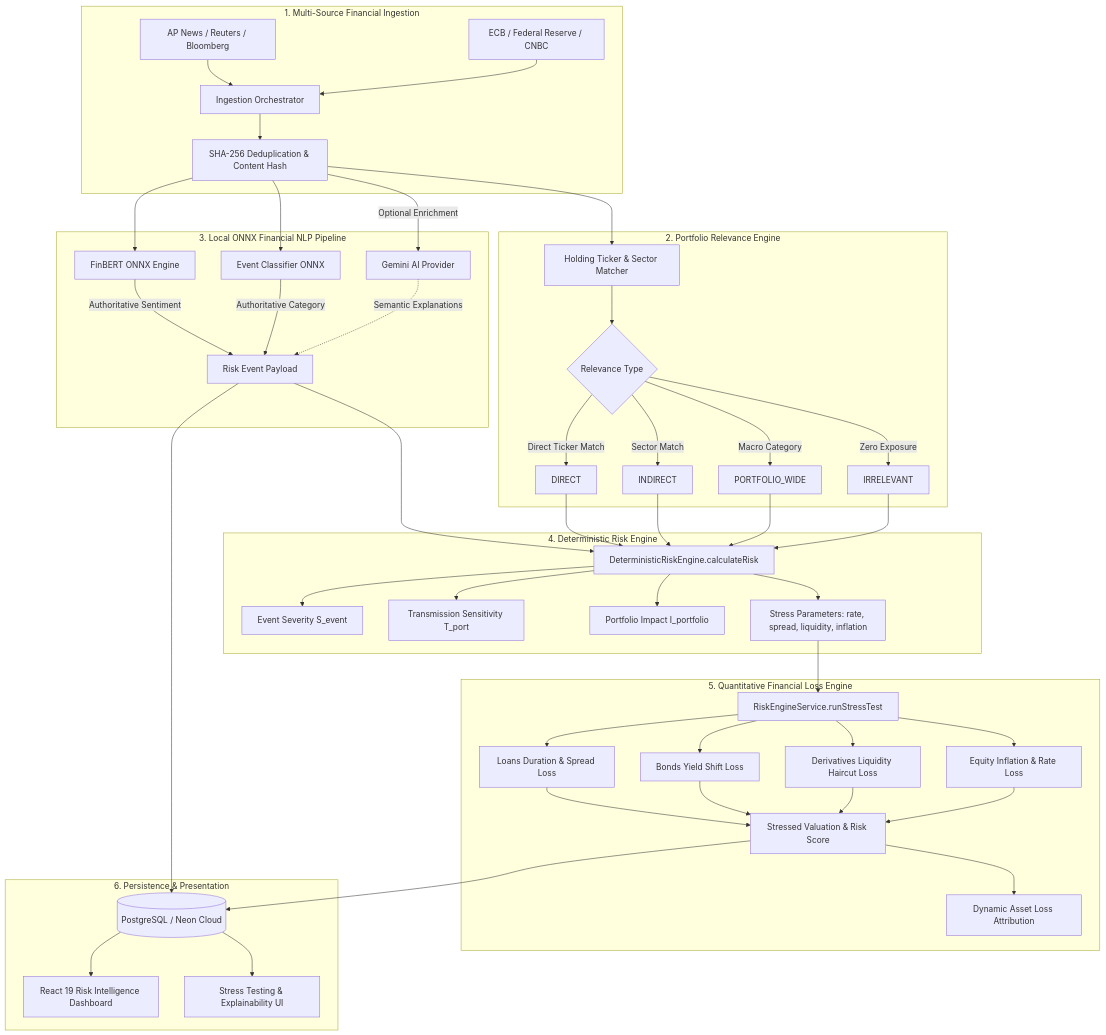
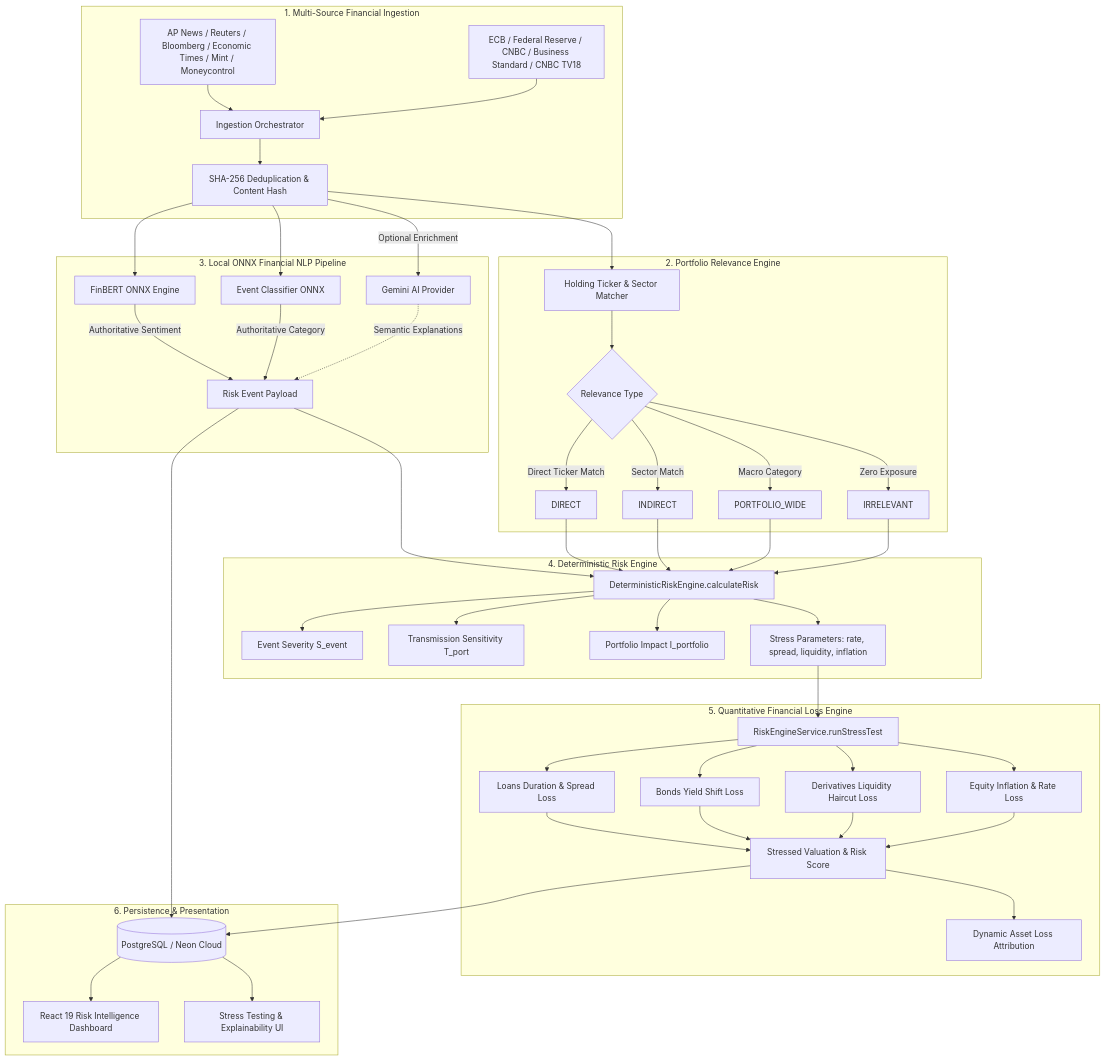
The diagram in README.md (mythrhyth/vantage), drawn with Mermaid before and after one commit. The commit also changed other lines of this file and 1 other file, not shown here.

Commit message:
feat(ingestion): add Indian financial news sources
Add RSS search feeds for The Economic Times, Moneycontrol, Mint, Business Standard, and CNBC TV18. Update the ingestion overview and API documentation summary.

````diff
--- a/README.md
+++ b/README.md
@@ -82,61 +82,61 @@
 ```mermaid
 flowchart TD
     subgraph Ingestion ["1. Multi-Source Financial Ingestion"]
-        A1[AP News / Reuters / Bloomberg] --> B[Ingestion Orchestrator]
-        A2[ECB / Federal Reserve / CNBC] --> B
+        A1[AP News / Reuters / Bloomberg / Economic Times / Mint / Moneycontrol] --> B[Ingestion Orchestrator]
+        A2[ECB / Federal Reserve / CNBC / Business Standard / CNBC TV18] --> B
         B --> C[SHA-256 Deduplication & Content Hash]
     end
 
     subgraph Relevance ["2. Portfolio Relevance Engine"]
         C --> D[Holding Ticker & Sector Matcher]
         D --> E{Relevance Type}
         E -->|Direct Ticker Match| E1[DIRECT]
         E -->|Sector Match| E2[INDIRECT]
         E -->|Macro Category| E3[PORTFOLIO_WIDE]
         E -->|Zero Exposure| E4[IRRELEVANT]
     end
 
     subgraph NLP ["3. Local ONNX Financial NLP Pipeline"]
         C --> F[FinBERT ONNX Engine]
         C --> G[Event Classifier ONNX]
         C -->|Optional Enrichment| H[Gemini AI Provider]
 
         F -->|Authoritative Sentiment| I[Risk Event Payload]
         G -->|Authoritative Category| I
         H -.->|Semantic Explanations| I
     end
 
     subgraph Engine ["4. Deterministic Risk Engine"]
         I --> J[DeterministicRiskEngine.calculateRisk]
         E1 --> J
         E2 --> J
         E3 --> J
         E4 --> J
 
         J --> K1[Event Severity S_event]
         J --> K2[Transmission Sensitivity T_port]
         J --> K3[Portfolio Impact I_portfolio]
         J --> K4[Stress Parameters: rate, spread, liquidity, inflation]
     end
 
     subgraph LossEngine ["5. Quantitative Financial Loss Engine"]
         K4 --> L[RiskEngineService.runStressTest]
         L --> M1[Loans Duration & Spread Loss]
         L --> M2[Bonds Yield Shift Loss]
         L --> M3[Derivatives Liquidity Haircut Loss]
         L --> M4[Equity Inflation & Rate Loss]
 
         M1 --> N[Stressed Valuation & Risk Score]
         M2 --> N
         M3 --> N
         M4 --> N
         N --> O[Dynamic Asset Loss Attribution]
     end
 
     subgraph Persistence ["6. Persistence & Presentation"]
         I --> P[(PostgreSQL / Neon Cloud)]
         N --> P
         P --> Q[React 19 Risk Intelligence Dashboard]
         P --> R[Stress Testing & Explainability UI]
     end
 ```
````
